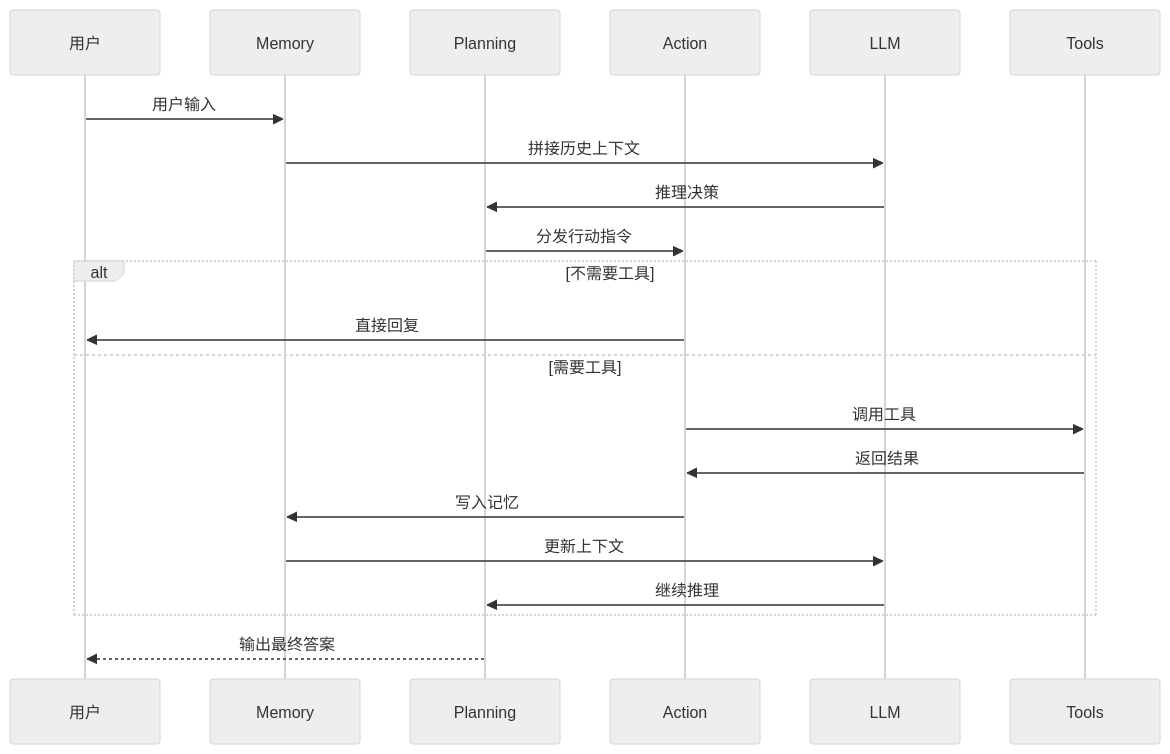
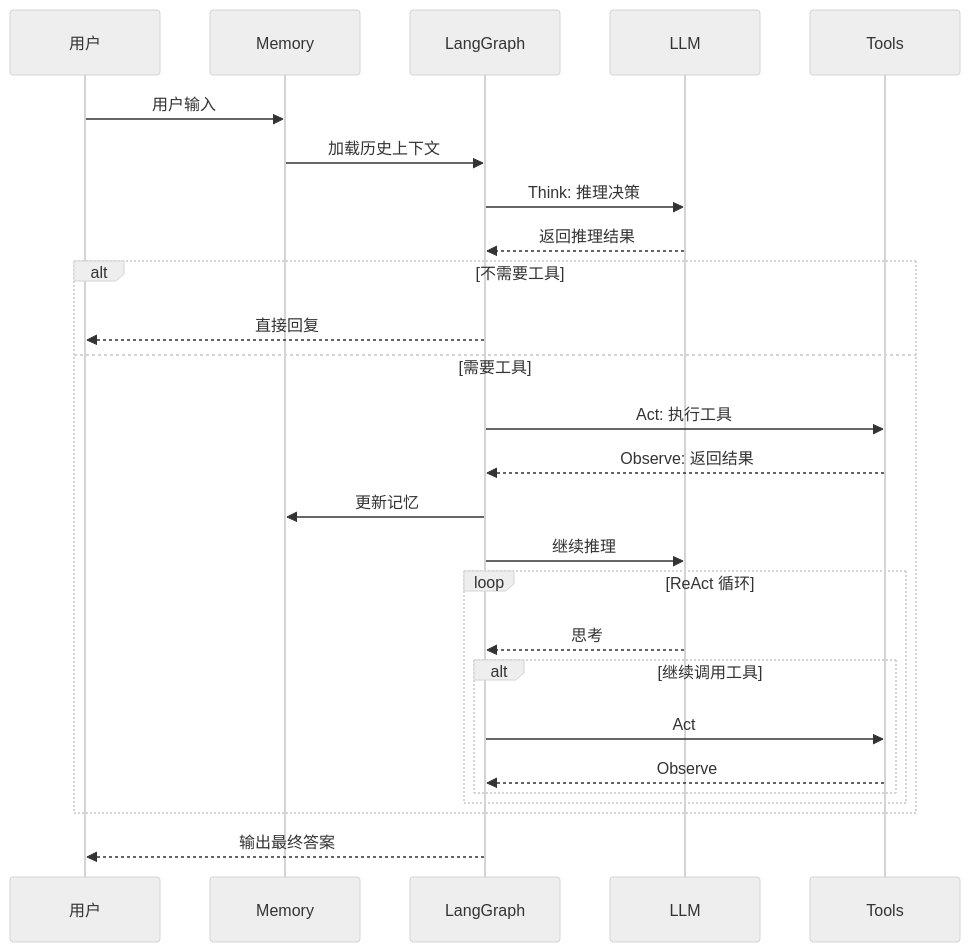
Before and after one commit to chain-engine/x-langchain: the second of 3 diagrams in README.md, drawn with Mermaid (neutral theme). The commit also changed other lines of this file, not shown here.

````diff
--- a/README.md
+++ b/README.md
@@ -240,24 +235,29 @@
 ```mermaid
 sequenceDiagram
     participant U as 用户
     participant M as Memory
-    participant P as Planning
-    participant A as Action
+    participant G as LangGraph
     participant L as LLM
     participant T as Tools
 
     U->>M: 用户输入
-    M->>L: 拼接历史上下文
-    L->>P: 推理决策
-    P->>A: 分发行动指令
+    M->>G: 加载历史上下文
+    G->>L: Think: 推理决策
+    L-->>G: 返回推理结果
     alt 不需要工具
-        A->>U: 直接回复
+        G-->>U: 直接回复
     else 需要工具
-        A->>T: 调用工具
-        T->>A: 返回结果
-        A->>M: 写入记忆
-        M->>L: 更新上下文
-        L->>P: 继续推理
+        G->>T: Act: 执行工具
+        T-->>G: Observe: 返回结果
+        G->>M: 更新记忆
+        G->>L: 继续推理
+        loop ReAct 循环
+            L-->>G: 思考
+            alt 继续调用工具
+                G->>T: Act
+                T-->>G: Observe
+            end
+        end
     end
-    P-->>U: 输出最终答案
+    G-->>U: 输出最终答案
 ```
````
